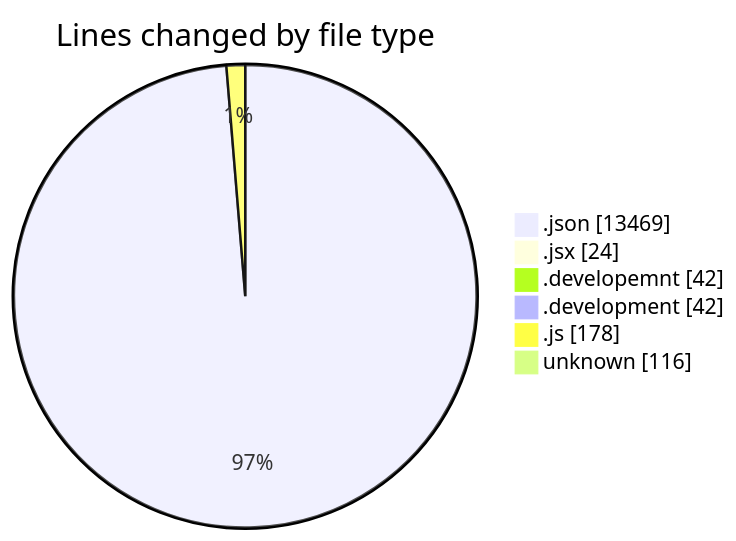
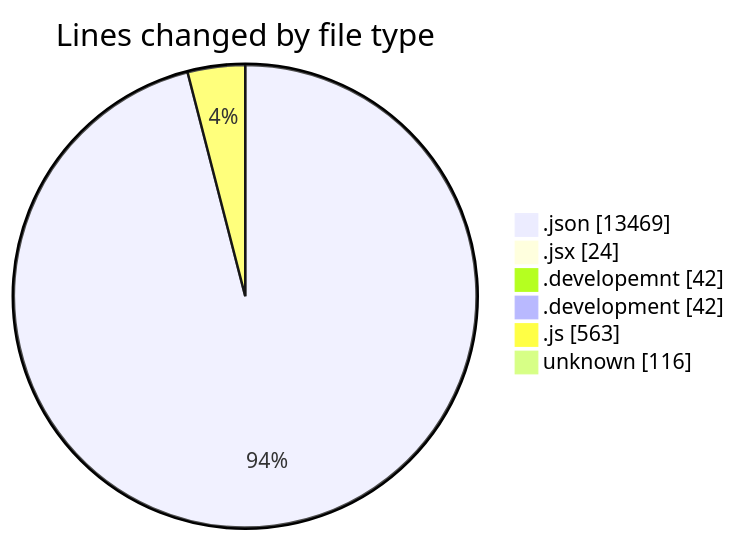
One commit to nxtqubesakshisongat/code-tracking changed the first of 2 diagrams in 2025-10-30/nxtqube_webapp/README.md. Above: the diagram before and after it, drawn with Mermaid. The commit also changed other lines of this file and 1 other file, not shown here.

````diff
--- a/2025-10-30/nxtqube_webapp/README.md
+++ b/2025-10-30/nxtqube_webapp/README.md
@@ -26,10 +27,10 @@
 ```mermaid
 pie showData
 title Lines changed by file type
 ".json" : 13469
 ".jsx" : 24
 ".developemnt" : 42
 ".development" : 42
-".js" : 178
+".js" : 563
 "unknown" : 116
 ```
````
